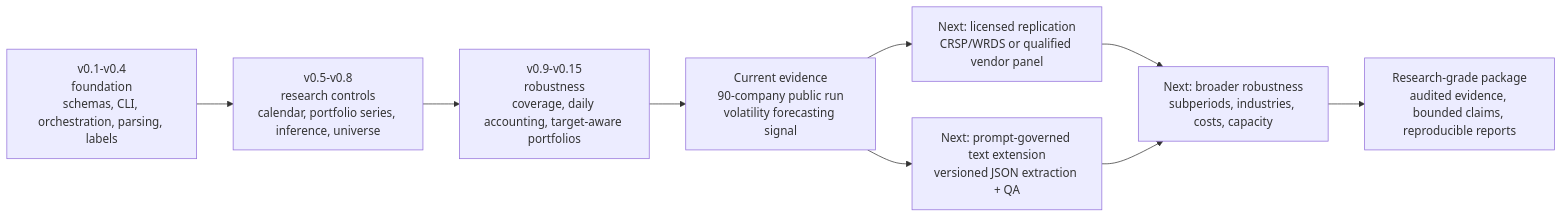
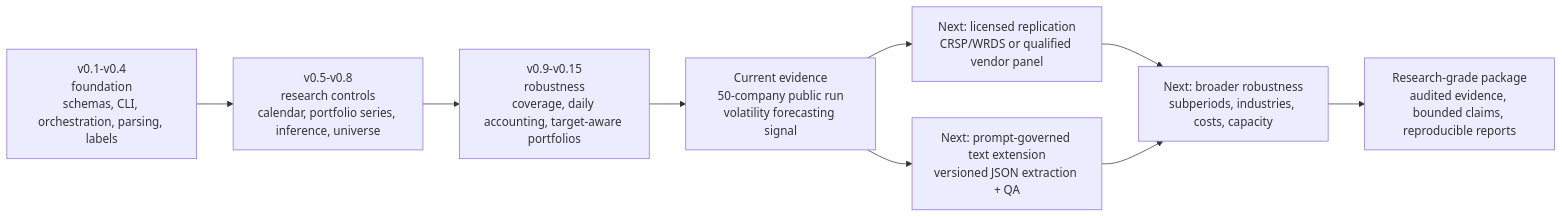
One commit to uiclxh/financial-10k-text-agent changed the third of 3 diagrams in docs/system_architecture_and_roadmap.md. Above: the diagram before and after it, drawn with Mermaid. The commit also changed other lines of this file and 4 other files, not shown here.

Commit message:
Sync current docs with 50-company release

````diff
--- a/docs/system_architecture_and_roadmap.md
+++ b/docs/system_architecture_and_roadmap.md
@@ -266,18 +266,18 @@
 ```mermaid
 flowchart LR
     A["v0.1-v0.4<br/>foundation<br/>schemas, CLI, orchestration, parsing, labels"]
     B["v0.5-v0.8<br/>research controls<br/>calendar, portfolio series, inference, universe"]
     C["v0.9-v0.15<br/>robustness<br/>coverage, daily accounting, target-aware portfolios"]
-    D["Current evidence<br/>90-company public run<br/>volatility forecasting signal"]
+    D["Current evidence<br/>50-company public run<br/>volatility forecasting signal"]
     E["Next: licensed replication<br/>CRSP/WRDS or qualified vendor panel"]
     F["Next: prompt-governed text extension<br/>versioned JSON extraction + QA"]
     G["Next: broader robustness<br/>subperiods, industries, costs, capacity"]
     H["Research-grade package<br/>audited evidence, bounded claims, reproducible reports"]
 
     A --> B --> C --> D
     D --> E
     D --> F
     E --> G
     F --> G
     G --> H
 ```
````
